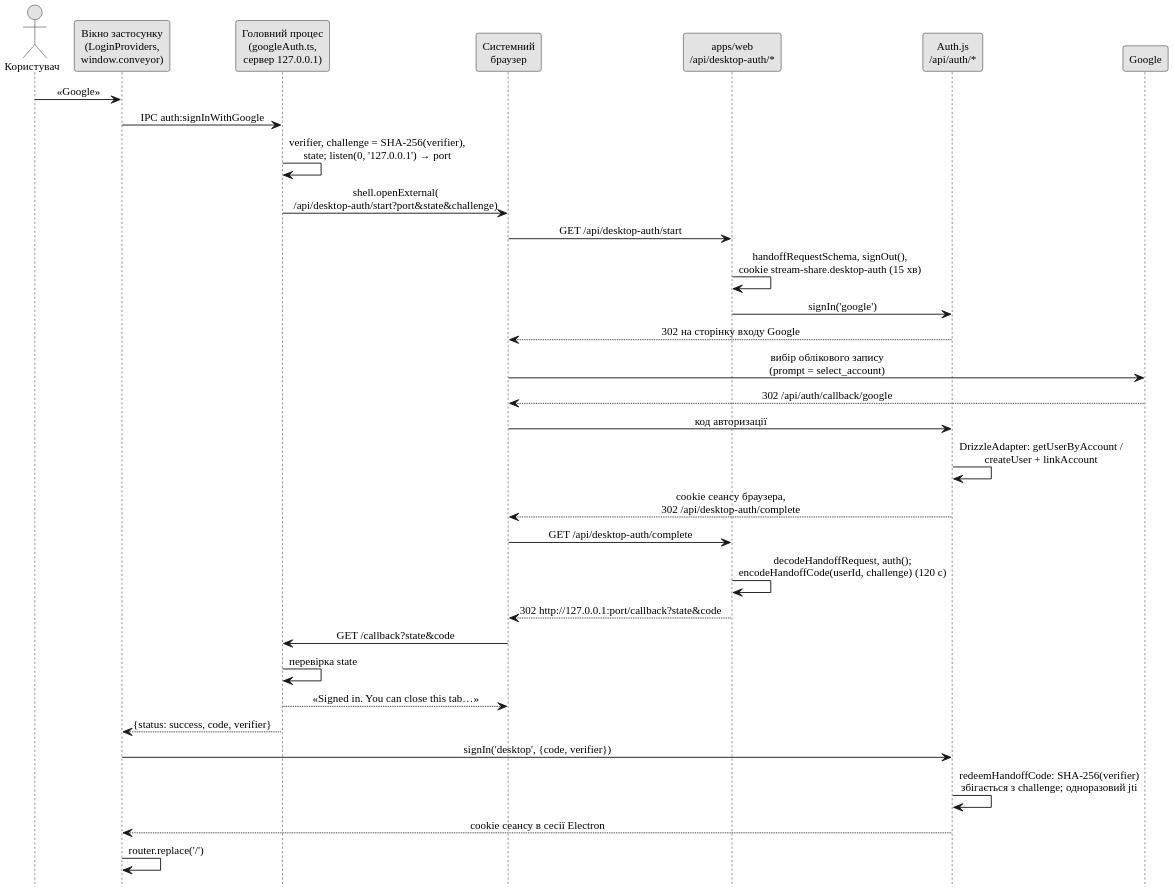
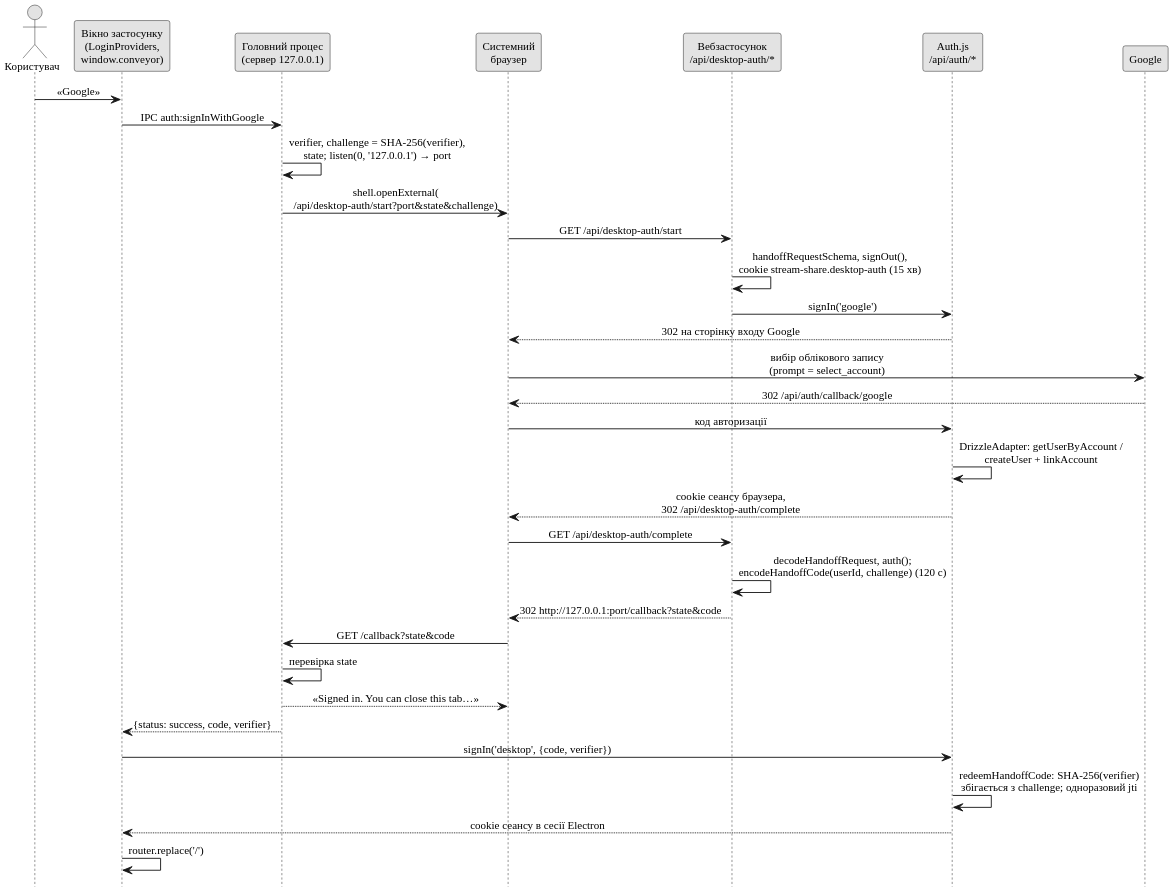
Before and after one commit to Nikitos1926/stream-share: the diagram in thesis/diagrams/fig-seq-desktop-auth.puml, drawn with PlantUML. The commit also changed 16 other files, not shown here.

First line of the commit message:
thesis: style pass on ch.3 and ch.4.2–4.6 — no x.y.z points, no inline code, no paths; diagram labels by role

```diff
--- a/thesis/diagrams/fig-seq-desktop-auth.puml
+++ b/thesis/diagrams/fig-seq-desktop-auth.puml
@@ -1,43 +1,43 @@
 @startuml
 !pragma layout smetana
 skinparam defaultFontName "Liberation Serif"
 skinparam dpi 200
 skinparam shadowing false
 skinparam monochrome true
 skinparam defaultFontSize 12
 skinparam sequenceMessageAlign center
 hide footbox
 
 actor "Користувач" as U
 participant "Вікно застосунку\n(LoginProviders,\nwindow.conveyor)" as R
-participant "Головний процес\n(googleAuth.ts,\nсервер 127.0.0.1)" as M
+participant "Головний процес\n(сервер 127.0.0.1)" as M
 participant "Системний\nбраузер" as B
-participant "apps/web\n/api/desktop-auth/*" as W
+participant "Вебзастосунок\n/api/desktop-auth/*" as W
 participant "Auth.js\n/api/auth/*" as A
 participant "Google" as G
 
 U -> R : «Google»
 R -> M : IPC auth:signInWithGoogle
 M -> M : verifier, challenge = SHA-256(verifier),\nstate; listen(0, '127.0.0.1') → port
 M -> B : shell.openExternal(\n/api/desktop-auth/start?port&state&challenge)
 B -> W : GET /api/desktop-auth/start
 W -> W : handoffRequestSchema, signOut(),\ncookie stream-share.desktop-auth (15 хв)
 W -> A : signIn('google')
 A --> B : 302 на сторінку входу Google
 B -> G : вибір облікового запису\n(prompt = select_account)
 G --> B : 302 /api/auth/callback/google
 B -> A : код авторизації
 A -> A : DrizzleAdapter: getUserByAccount /\ncreateUser + linkAccount
 A --> B : cookie сеансу браузера,\n302 /api/desktop-auth/complete
 B -> W : GET /api/desktop-auth/complete
 W -> W : decodeHandoffRequest, auth();\nencodeHandoffCode(userId, challenge) (120 с)
 W --> B : 302 http://127.0.0.1:port/callback?state&code
 B -> M : GET /callback?state&code
 M -> M : перевірка state
 M --> B : «Signed in. You can close this tab…»
 M --> R : {status: success, code, verifier}
 R -> A : signIn('desktop', {code, verifier})
 A -> A : redeemHandoffCode: SHA-256(verifier)\nзбігається з challenge; одноразовий jti
 A --> R : cookie сеансу в сесії Electron
 R -> R : router.replace('/')
 @enduml
```
